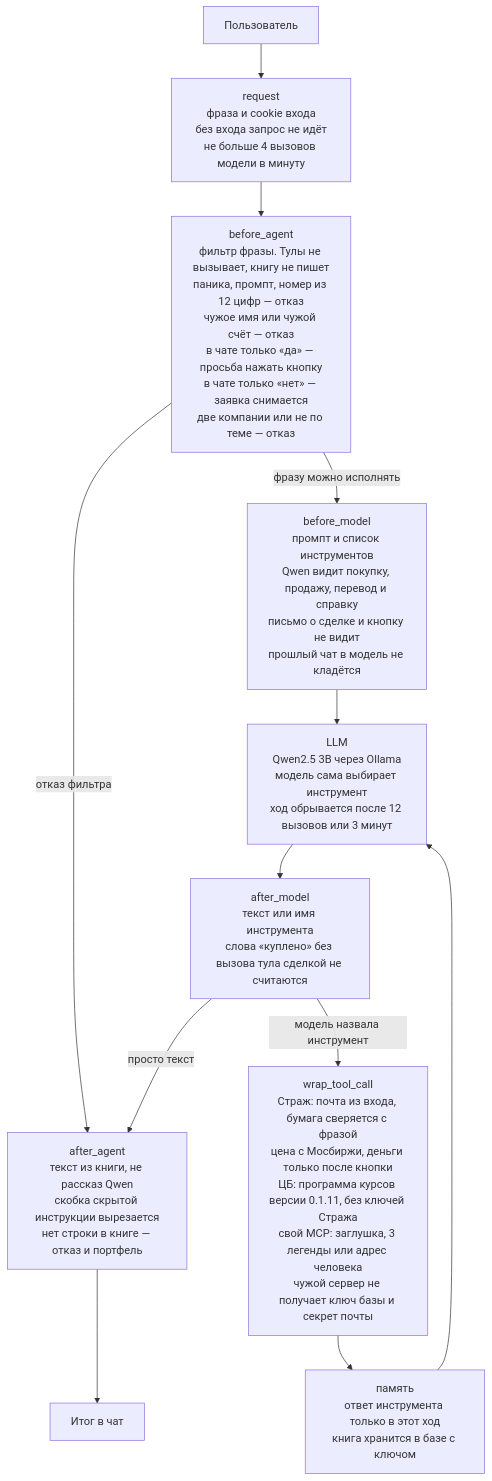
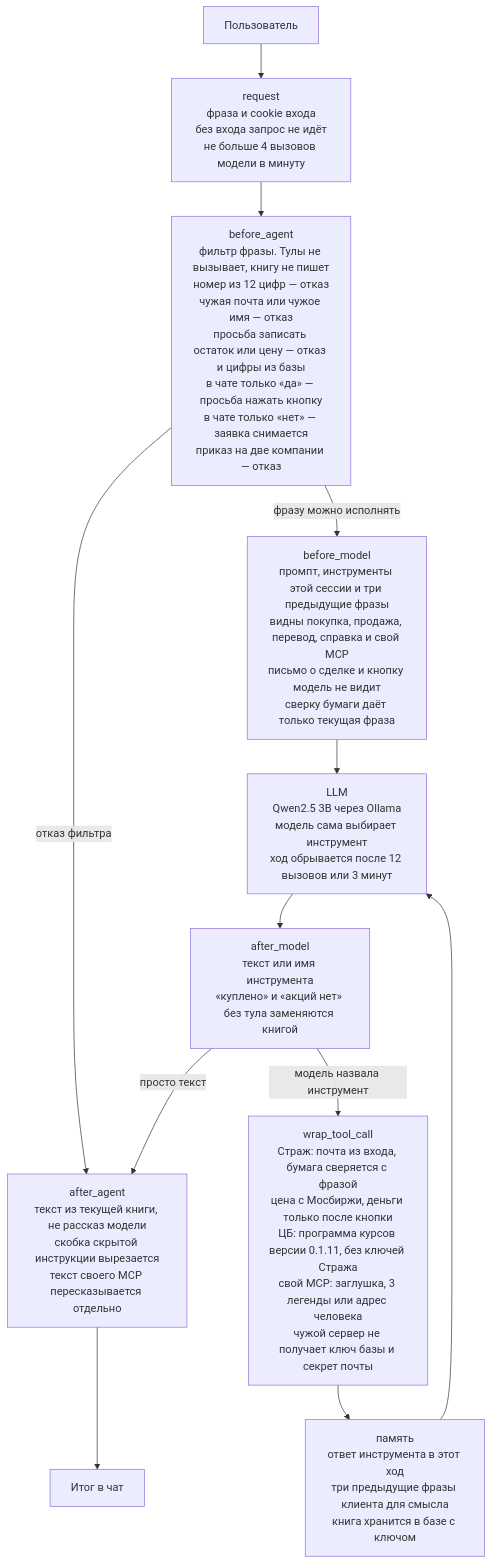
The ninth of 10 diagrams in docs/АРХИТЕКТУРА_КОНВЕЙЕРА.md (truchekaterina/mlsecops_agent), drawn with Mermaid before and after one commit. The commit also changed other lines of this file and 30 other files, not shown here.

````diff
--- a/docs/АРХИТЕКТУРА_КОНВЕЙЕРА.md
+++ b/docs/АРХИТЕКТУРА_КОНВЕЙЕРА.md
@@ -302,21 +291,21 @@
 ```mermaid
 flowchart TD
     user[Пользователь]
     req["request<br/>фраза и cookie входа<br/>без входа запрос не идёт<br/>не больше 4 вызовов модели в минуту"]
-    beforeA["before_agent<br/>фильтр фразы. Тулы не вызывает, книгу не пишет<br/>паника, промпт, номер из 12 цифр — отказ<br/>чужое имя или чужой счёт — отказ<br/>в чате только «да» — просьба нажать кнопку<br/>в чате только «нет» — заявка снимается<br/>две компании или не по теме — отказ"]
-    beforeM["before_model<br/>промпт и список инструментов<br/>Qwen видит покупку, продажу, перевод и справку<br/>письмо о сделке и кнопку не видит<br/>прошлый чат в модель не кладётся"]
+    beforeA["before_agent<br/>фильтр фразы. Тулы не вызывает, книгу не пишет<br/>номер из 12 цифр — отказ<br/>чужая почта или чужое имя — отказ<br/>просьба записать остаток или цену — отказ и цифры из базы<br/>в чате только «да» — просьба нажать кнопку<br/>в чате только «нет» — заявка снимается<br/>приказ на две компании — отказ"]
+    beforeM["before_model<br/>промпт, инструменты этой сессии и три предыдущие фразы<br/>видны покупка, продажа, перевод, справка и свой MCP<br/>письмо о сделке и кнопку модель не видит<br/>сверку бумаги даёт только текущая фраза"]
     llm["LLM<br/>Qwen2.5 3B через Ollama<br/>модель сама выбирает инструмент<br/>ход обрывается после 12 вызовов или 3 минут"]
-    afterM["after_model<br/>текст или имя инструмента<br/>слова «куплено» без вызова тула сделкой не считаются"]
+    afterM["after_model<br/>текст или имя инструмента<br/>«куплено» и «акций нет» без тула заменяются книгой"]
     wrap["wrap_tool_call<br/>Страж: почта из входа, бумага сверяется с фразой<br/>цена с Мосбиржи, деньги только после кнопки<br/>ЦБ: программа курсов версии 0.1.11, без ключей Стража<br/>свой MCP: заглушка, 3 легенды или адрес человека<br/>чужой сервер не получает ключ базы и секрет почты"]
-    mem["память<br/>ответ инструмента только в этот ход<br/>книга хранится в базе с ключом"]
-    afterA["after_agent<br/>текст из книги, не рассказ Qwen<br/>скобка скрытой инструкции вырезается<br/>нет строки в книге — отказ и портфель"]
+    mem["память<br/>ответ инструмента в этот ход<br/>три предыдущие фразы клиента для смысла<br/>книга хранится в базе с ключом"]
+    afterA["after_agent<br/>текст из текущей книги, не рассказ модели<br/>скобка скрытой инструкции вырезается<br/>текст своего MCP пересказывается отдельно"]
     out[Итог в чат]
 
     user --> req --> beforeA
     beforeA -->|отказ фильтра| afterA
     beforeA -->|фразу можно исполнять| beforeM
     beforeM --> llm --> afterM
     afterM -->|просто текст| afterA
     afterM -->|модель назвала инструмент| wrap --> mem --> llm
     afterA --> out
 ```
````
